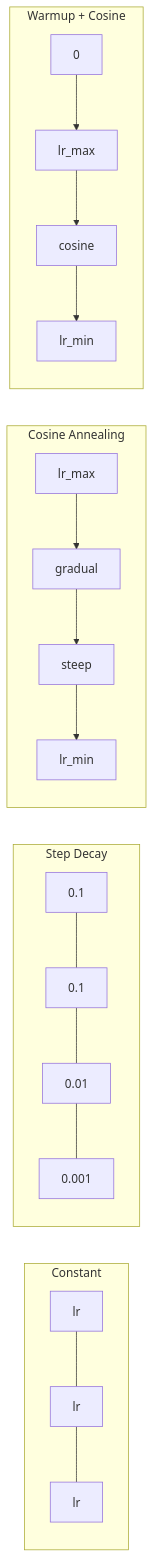
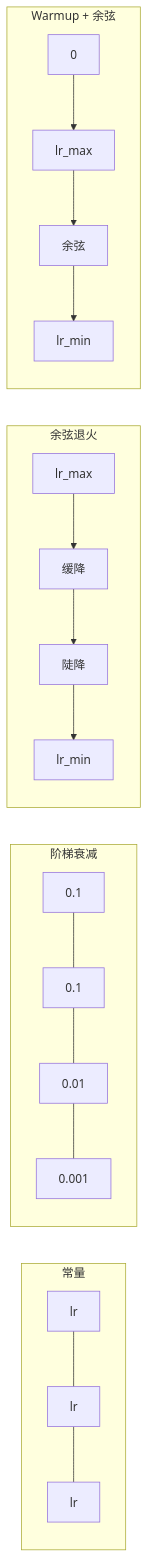
Before and after one commit to alessandrodinisio-ai/ai-engineering-learning-framework: the first of 3 diagrams in phases/03-deep-learning-core/09-learning-rate-schedules/docs/zh.md, drawn with Mermaid. The commit also changed other lines of this file and 120 other files, not shown here.

First line of the commit message:
i18n(mermaid): 337 个 mermaid 图表标签中文化

````diff
--- a/phases/03-deep-learning-core/09-learning-rate-schedules/docs/zh.md
+++ b/phases/03-deep-learning-core/09-learning-rate-schedules/docs/zh.md
@@ -106,18 +106,18 @@
 ```mermaid
 graph LR
-    subgraph "Constant"
+    subgraph "常量"
         C1["lr"] --- C2["lr"] --- C3["lr"]
     end
 
-    subgraph "Step Decay"
+    subgraph "阶梯衰减"
         S1["0.1"] --- S2["0.1"] --- S3["0.01"] --- S4["0.001"]
     end
 
-    subgraph "Cosine Annealing"
-        CS1["lr_max"] --> CS2["gradual"] --> CS3["steep"] --> CS4["lr_min"]
+    subgraph "余弦退火"
+        CS1["lr_max"] --> CS2["缓降"] --> CS3["陡降"] --> CS4["lr_min"]
     end
 
-    subgraph "Warmup + Cosine"
-        WC1["0"] --> WC2["lr_max"] --> WC3["cosine"] --> WC4["lr_min"]
+    subgraph "Warmup + 余弦"
+        WC1["0"] --> WC2["lr_max"] --> WC3["余弦"] --> WC4["lr_min"]
     end
 ```
````
